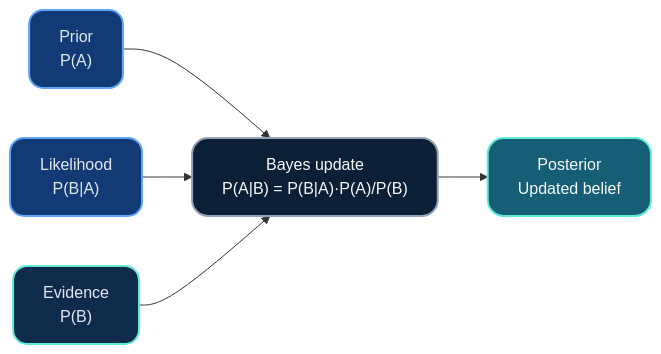
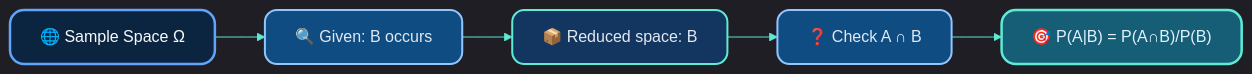
One commit to MindaugasSarpis/CERN_lessons_on_data_analysis changed the second of 7 diagrams in lectures/content/slides/L9_Probability_and_Statistics.md. Above: the diagram before and after it, drawn with Mermaid. The commit also changed other lines of this file and 10 other files, not shown here.

````diff
--- a/lectures/content/slides/L9_Probability_and_Statistics.md
+++ b/lectures/content/slides/L9_Probability_and_Statistics.md
@@ -440,22 +441,14 @@
 ```mermaid
-%%{init: {'theme': 'dark', 'themeVariables': {
-  'primaryColor': '#0b2540',
-  'primaryBorderColor': '#60a5fa',
-  'primaryTextColor': '#e2e8f0',
-  'secondaryColor': '#102e4c',
-  'tertiaryColor': '#143860',
-  'lineColor': '#5eead4',
-  'fontFamily': 'Inter, Segoe UI, sans-serif'
-}, 'flowchart': {'curve': 'basis', 'htmlLabels': true, 'useMaxWidth': true, 'nodeSpacing': 40, 'rankSpacing': 50}}%%
+%%{init: {'theme': 'dark', 'themeVariables': {'primaryColor': '#0f1f3d', 'primaryBorderColor': '#60a5fa', 'primaryTextColor': '#e2e8f0', 'secondaryColor': '#102b4c', 'lineColor': '#5eead4', 'fontFamily': 'Inter, system-ui, sans-serif'}, 'flowchart': {'curve': 'basis', 'htmlLabels': true, 'useMaxWidth': true, 'nodeSpacing': 45, 'rankSpacing': 50}}}%%
 flowchart LR
-    Prior["Prior<br/>P(A)"]:::input --> Update
-    Likelihood["Likelihood<br/>P(B|A)"]:::input --> Update
-    Evidence["Evidence<br/>P(B)"]:::support --> Update
-    Update["Bayes update<br/>P(A|B) = P(B|A)·P(A)/P(B)"]:::process --> Posterior
-    Posterior["Posterior<br/>Updated belief"]:::output
+    Start["🌐 Sample Space Ω"]:::hub
+    Start --> Condition["🔍 Given: B occurs"]:::process
+    Condition --> NewSpace["📦 Reduced space: B"]:::category
+    NewSpace --> Question["❓ Check A ∩ B"]:::process
+    Question --> Answer["🎯 P(A|B) = P(A∩B)/P(B)"]:::result
 
-    classDef input fill:#123b75,stroke:#60a5fa,stroke-width:2px,color:#e2e8f0,rx:14px,ry:14px;
-    classDef support fill:#0f2b4c,stroke:#5eead4,stroke-width:2px,color:#e2e8f0,rx:14px,ry:14px;
-    classDef process fill:#0b1f36,stroke:#94a3b8,stroke-width:2px,color:#f8fafc,rx:16px,ry:16px;
-    classDef output fill:#155e75,stroke:#5eead4,stroke-width:2px,color:#f8fafc,rx:16px,ry:16px;
+    classDef hub fill:#0b2540,stroke:#60a5fa,stroke-width:2.5px,color:#f8fafc,rx:14px,ry:14px
+    classDef process fill:#0f4c81,stroke:#93c5fd,stroke-width:2px,color:#e2e8f0,rx:12px,ry:12px
+    classDef category fill:#133661,stroke:#5eead4,stroke-width:2px,color:#e2e8f0,rx:12px,ry:12px
+    classDef result fill:#155e75,stroke:#5eead4,stroke-width:2.5px,color:#e0f2fe,rx:14px,ry:14px
 ```
````
